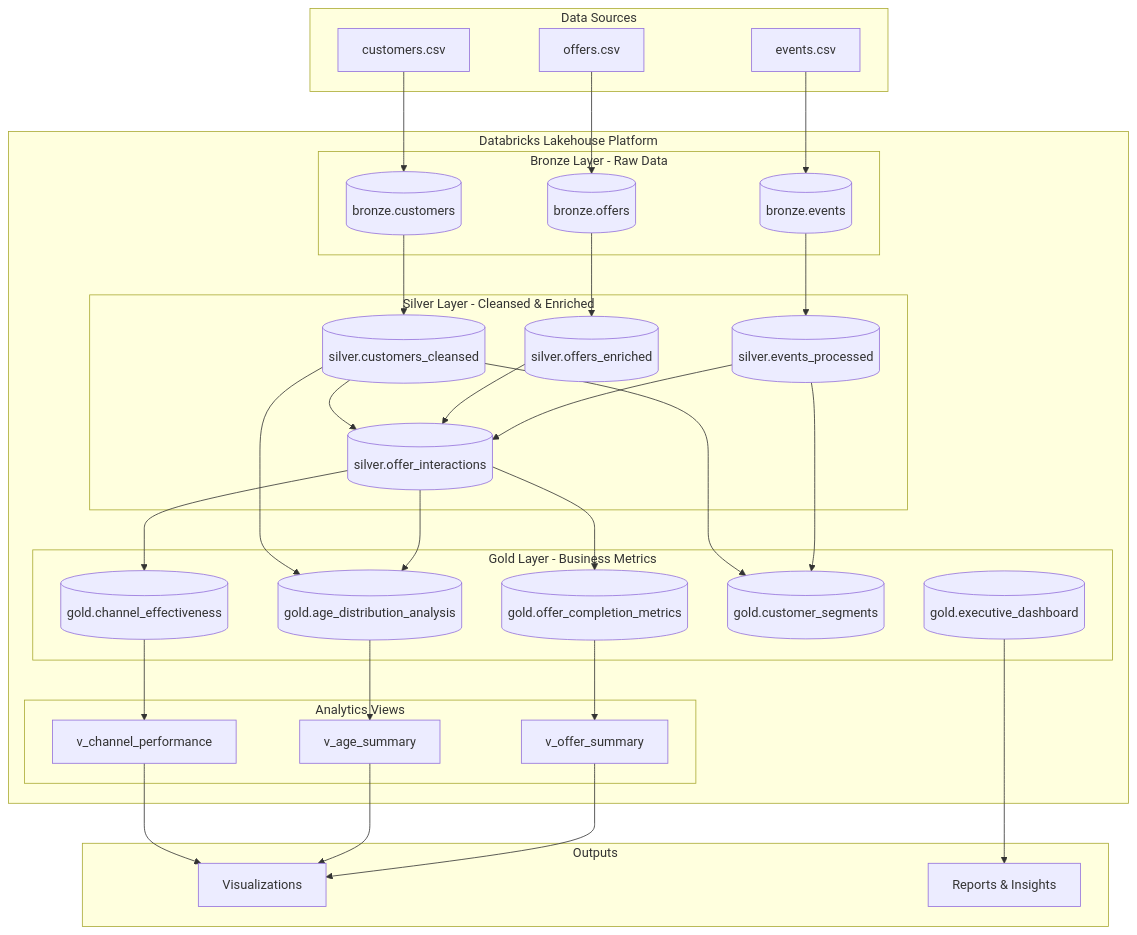
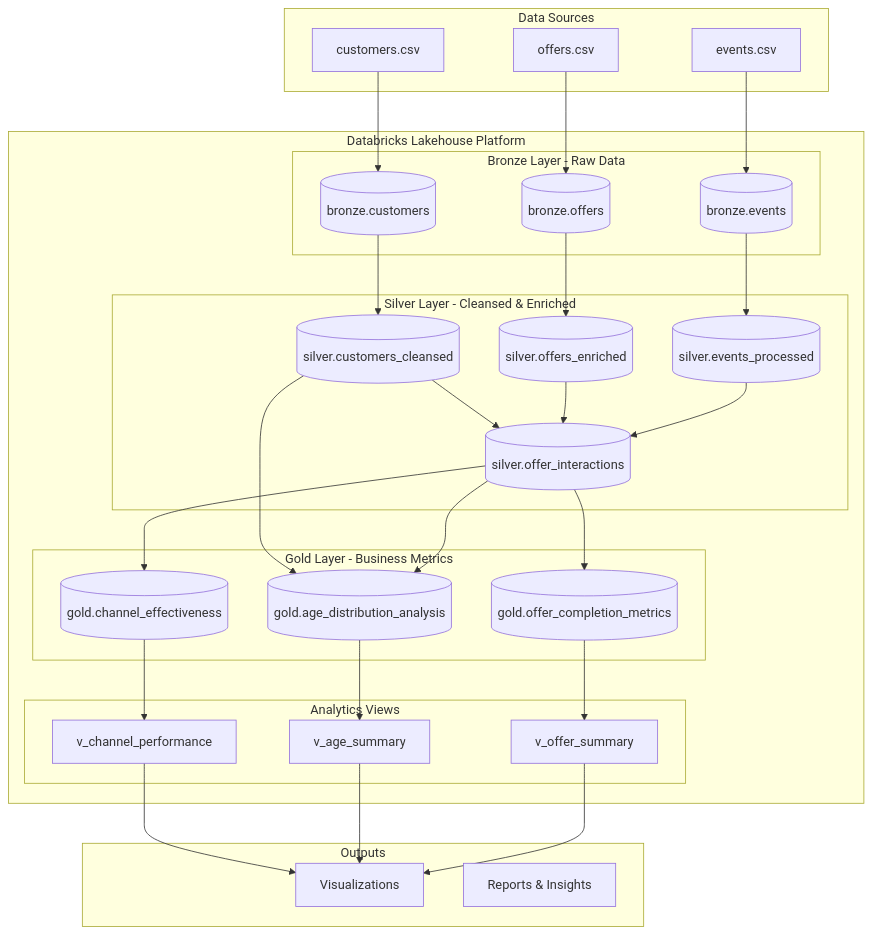
Before and after one commit to francisco-debierne/CafeRewards: the diagram in README.md, drawn with Mermaid. The commit also changed other lines of this file, not shown here.

````diff
--- a/README.md
+++ b/README.md
@@ -7,70 +7,65 @@
 ```mermaid
 graph TB
     subgraph "Data Sources"
         CSV1[customers.csv]
         CSV2[offers.csv]
         CSV3[events.csv]
     end
     
     subgraph "Databricks Lakehouse Platform"
         subgraph "Bronze Layer - Raw Data"
             B1[(bronze.customers)]
             B2[(bronze.offers)]
             B3[(bronze.events)]
         end
         
         subgraph "Silver Layer - Cleansed & Enriched"
             S1[(silver.customers_cleansed)]
             S2[(silver.offers_enriched)]
             S3[(silver.events_processed)]
             S4[(silver.offer_interactions)]
         end
         
         subgraph "Gold Layer - Business Metrics"
             G1[(gold.channel_effectiveness)]
             G2[(gold.age_distribution_analysis)]
             G3[(gold.offer_completion_metrics)]
-            G4[(gold.customer_segments)]
-            G5[(gold.executive_dashboard)]
         end
         
         subgraph "Analytics Views"
             V1[v_channel_performance]
             V2[v_age_summary]
             V3[v_offer_summary]
         end
     end
     
     subgraph "Outputs"
         VIZ[Visualizations]
         RPT[Reports & Insights]
     end
     
     CSV1 --> B1
     CSV2 --> B2
     CSV3 --> B3
     
     B1 --> S1
     B2 --> S2
     B3 --> S3
     
     S1 --> S4
     S2 --> S4
     S3 --> S4
     
     S1 --> G2
     S4 --> G1
     S4 --> G2
     S4 --> G3
-    S1 --> G4
-    S3 --> G4
     
     G1 --> V1
     G2 --> V2
     G3 --> V3
     
     V1 --> VIZ
     V2 --> VIZ
     V3 --> VIZ
-    G5 --> RPT
 ```
````
